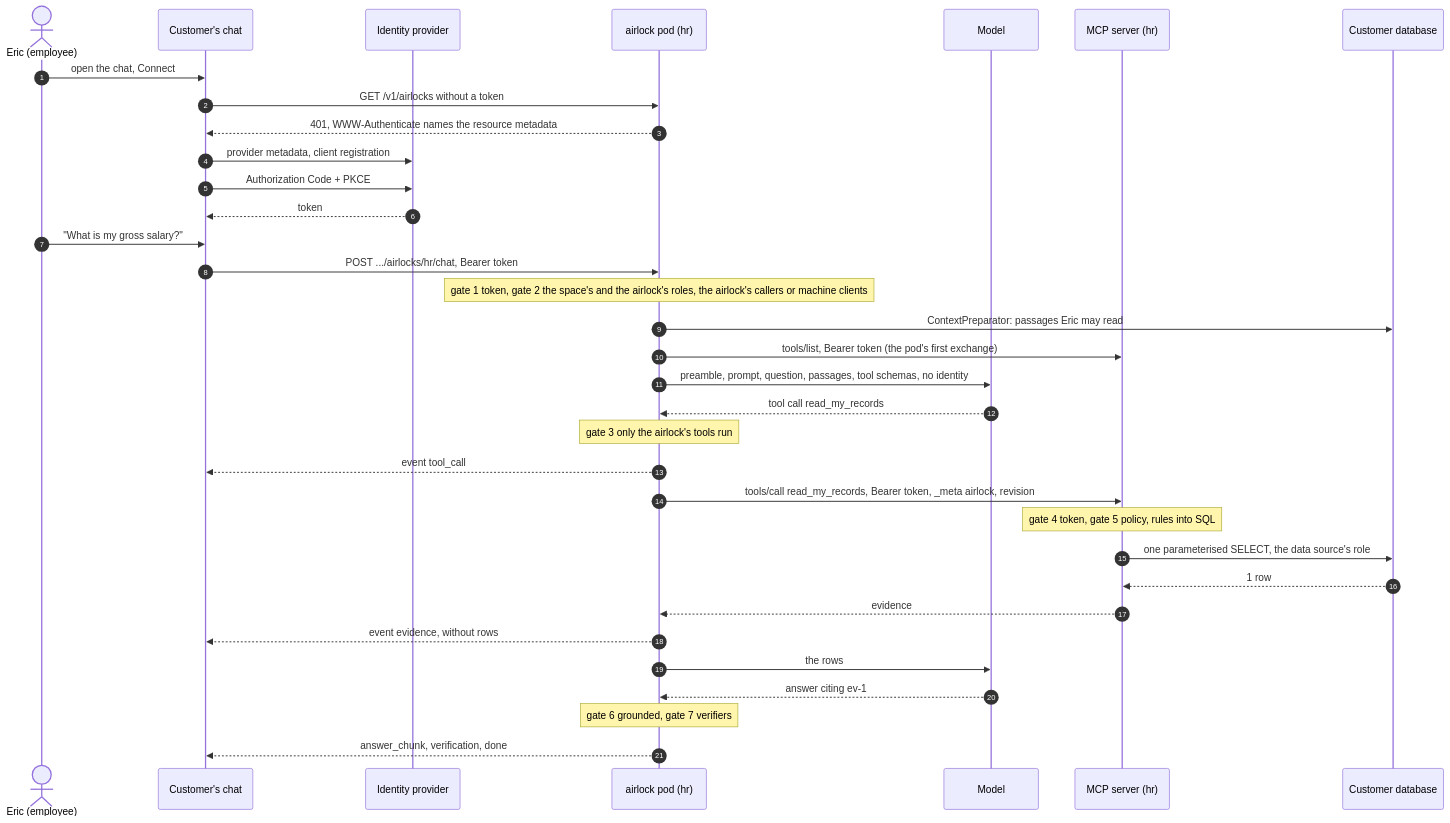
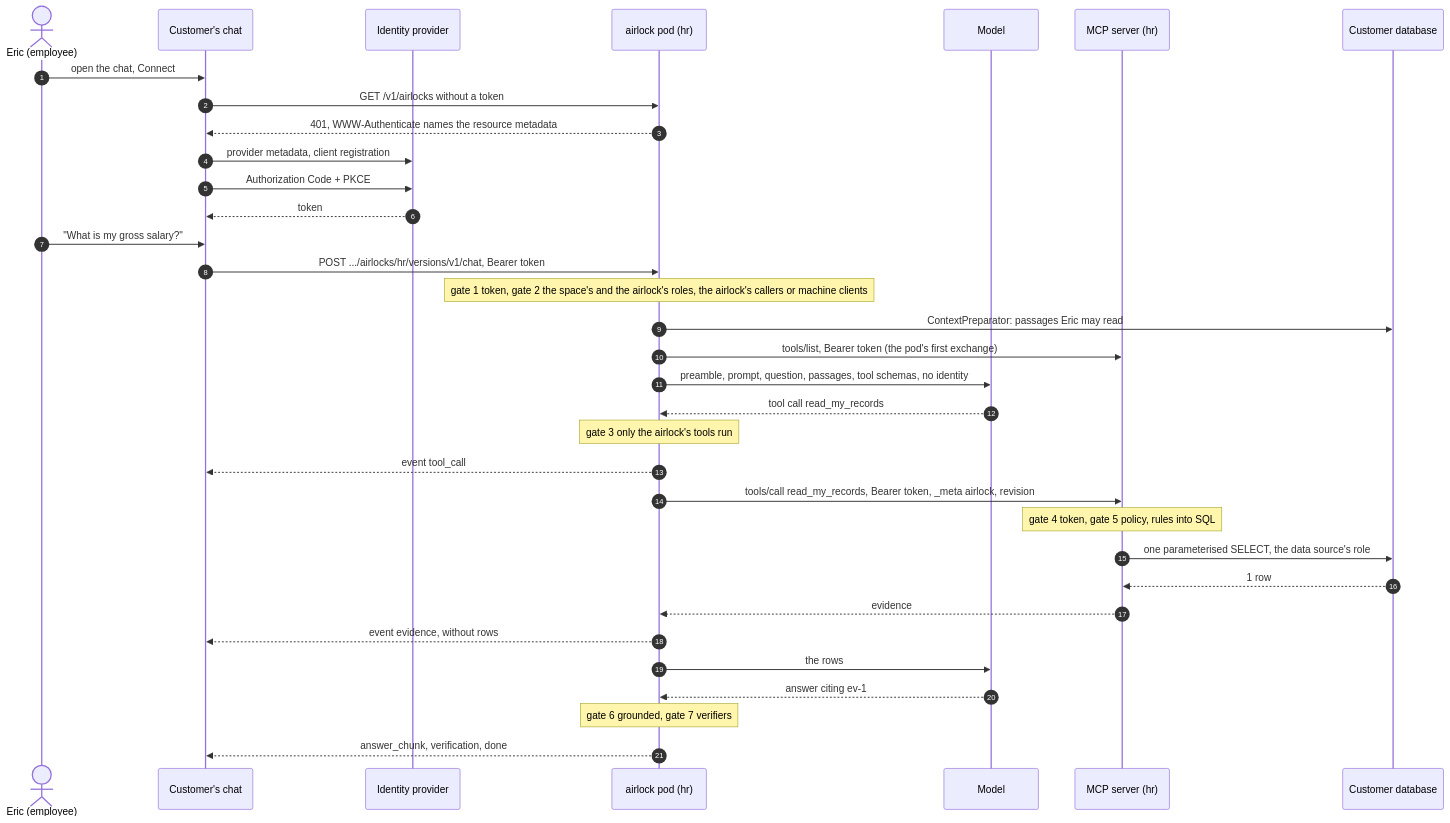
One commit to reportix/aisolate changed the diagram in docs/security.md. Above: the diagram before and after it, drawn with Mermaid. The commit also changed other lines of this file and 10 other files, not shown here.

````diff
--- a/docs/security.md
+++ b/docs/security.md
@@ -8,36 +8,36 @@
 ```mermaid
 sequenceDiagram
     autonumber
     actor Eric as Eric (employee)
     participant Chat as Customer's chat
     participant IdP as Identity provider
     participant AP as airlock pod (hr)
     participant LLM as Model
     participant MCP as MCP server (hr)
     participant DB as Customer database
     Eric->>Chat: open the chat, Connect
     Chat->>AP: GET /v1/airlocks without a token
     AP-->>Chat: 401, WWW-Authenticate names the resource metadata
     Chat->>IdP: provider metadata, client registration
     Chat->>IdP: Authorization Code + PKCE
     IdP-->>Chat: token
     Eric->>Chat: "What is my gross salary?"
-    Chat->>AP: POST .../airlocks/hr/chat, Bearer token
+    Chat->>AP: POST .../airlocks/hr/versions/v1/chat, Bearer token
     Note over AP: gate 1 token, gate 2 the space's and the airlock's roles, the airlock's callers or machine clients
     AP->>DB: ContextPreparator: passages Eric may read
     AP->>MCP: tools/list, Bearer token (the pod's first exchange)
     AP->>LLM: preamble, prompt, question, passages, tool schemas, no identity
     LLM-->>AP: tool call read_my_records
     Note over AP: gate 3 only the airlock's tools run
     AP-->>Chat: event tool_call
     AP->>MCP: tools/call read_my_records, Bearer token, _meta airlock, revision
     Note over MCP: gate 4 token, gate 5 policy, rules into SQL
     MCP->>DB: one parameterised SELECT, the data source's role
     DB-->>MCP: 1 row
     MCP-->>AP: evidence
     AP-->>Chat: event evidence, without rows
     AP->>LLM: the rows
     LLM-->>AP: answer citing ev-1
     Note over AP: gate 6 grounded, gate 7 verifiers
     AP-->>Chat: answer_chunk, verification, done
 ```
````
